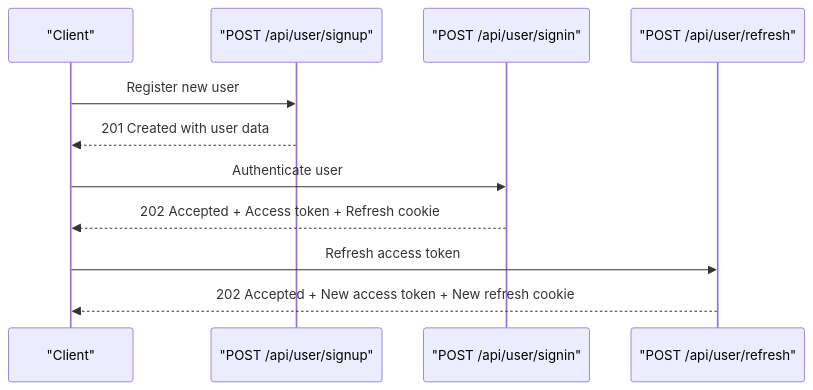
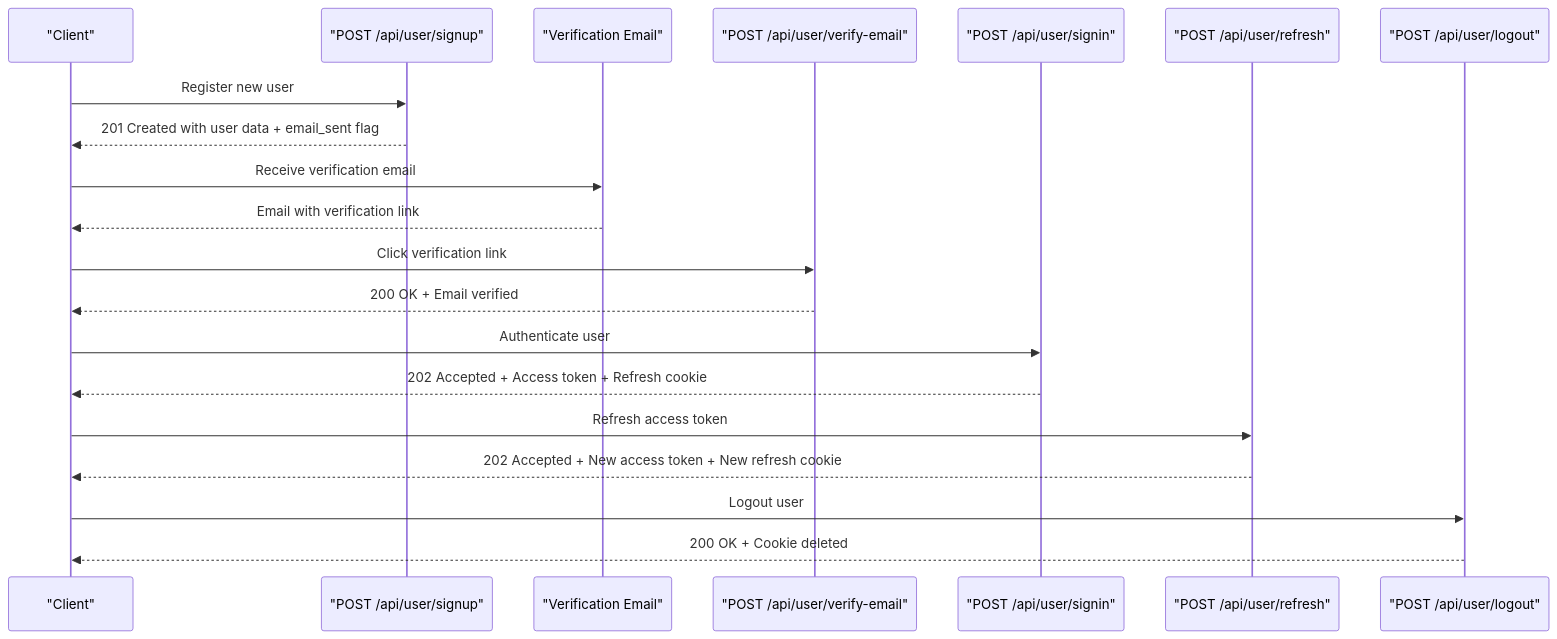
One commit to srikant-panda/auth-service changed the fourth of 4 diagrams in .qoder/repowiki/en/content/API Reference/API Reference.md. Above: the diagram before and after it, drawn with Mermaid. The commit also changed other lines of this file and 11 other files, not shown here.

````diff
--- a/.qoder/repowiki/en/content/API Reference/API Reference.md
+++ b/.qoder/repowiki/en/content/API Reference/API Reference.md
@@ -396,13 +527,22 @@
 ```mermaid
 sequenceDiagram
 participant Client as "Client"
 participant Signup as "POST /api/user/signup"
+participant Email as "Verification Email"
+participant Verify as "POST /api/user/verify-email"
 participant Signin as "POST /api/user/signin"
 participant Refresh as "POST /api/user/refresh"
+participant Logout as "POST /api/user/logout"
 Client->>Signup : Register new user
-Signup-->>Client : 201 Created with user data
+Signup-->>Client : 201 Created with user data + email_sent flag
+Client->>Email : Receive verification email
+Email-->>Client : Email with verification link
+Client->>Verify : Click verification link
+Verify-->>Client : 200 OK + Email verified
 Client->>Signin : Authenticate user
 Signin-->>Client : 202 Accepted + Access token + Refresh cookie
 Client->>Refresh : Refresh access token
 Refresh-->>Client : 202 Accepted + New access token + New refresh cookie
+Client->>Logout : Logout user
+Logout-->>Client : 200 OK + Cookie deleted
 ```
````
